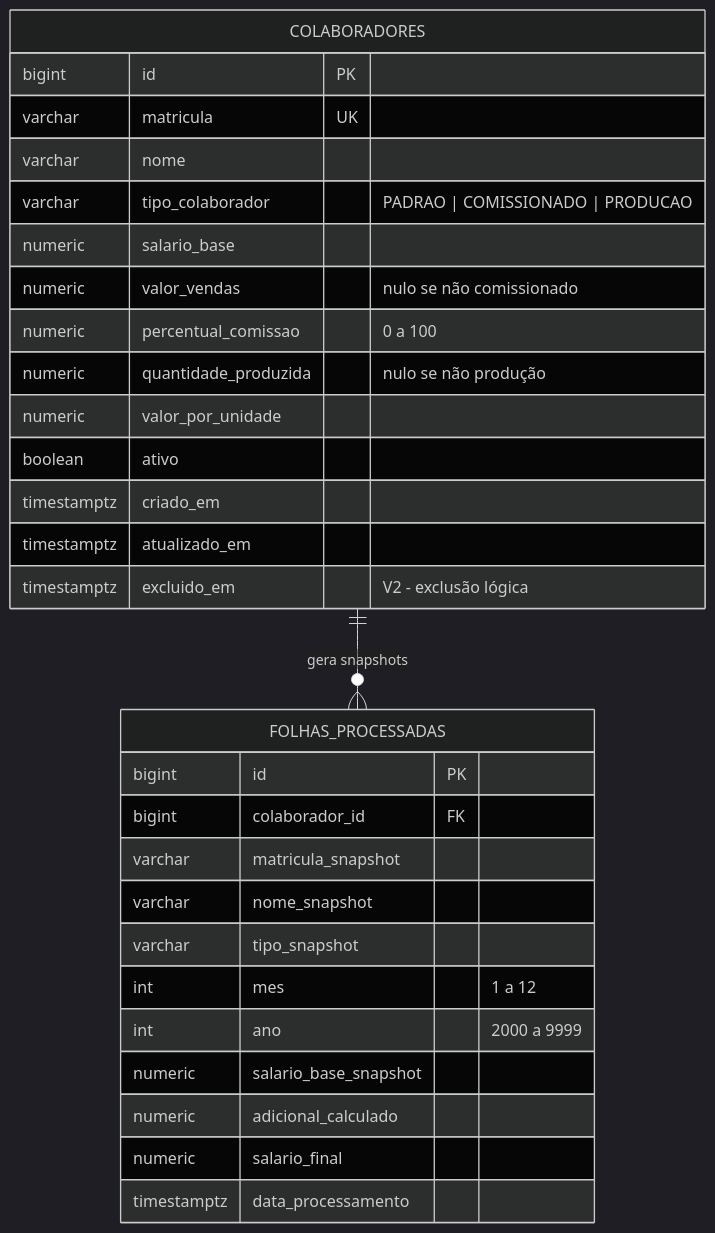
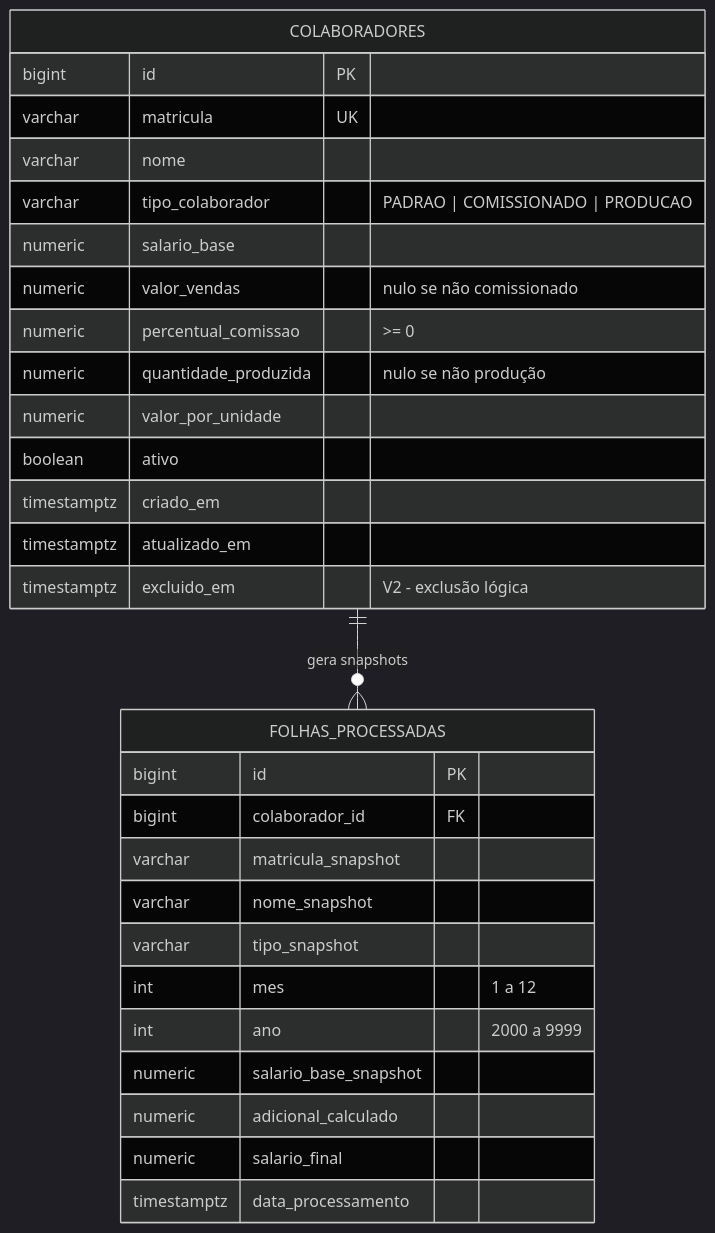
One commit to aruwer/FolhaPagamento changed the seventh of 7 diagrams in 02_Analise/Modelagem_UML.md. Above: the diagram before and after it, drawn with Mermaid (dark theme). The commit also changed 64 other files, not shown here.

````diff
--- a/02_Analise/Modelagem_UML.md
+++ b/02_Analise/Modelagem_UML.md
@@ -351,32 +351,32 @@
 ```mermaid
 erDiagram
     COLABORADORES ||--o{ FOLHAS_PROCESSADAS : "gera snapshots"
     COLABORADORES {
         bigint id PK
         varchar matricula UK
         varchar nome
         varchar tipo_colaborador "PADRAO | COMISSIONADO | PRODUCAO"
         numeric salario_base
         numeric valor_vendas "nulo se não comissionado"
-        numeric percentual_comissao "0 a 100"
+        numeric percentual_comissao ">= 0"
         numeric quantidade_produzida "nulo se não produção"
         numeric valor_por_unidade
         boolean ativo
         timestamptz criado_em
         timestamptz atualizado_em
         timestamptz excluido_em "V2 - exclusão lógica"
     }
     FOLHAS_PROCESSADAS {
         bigint id PK
         bigint colaborador_id FK
         varchar matricula_snapshot
         varchar nome_snapshot
         varchar tipo_snapshot
         int mes "1 a 12"
         int ano "2000 a 9999"
         numeric salario_base_snapshot
         numeric adicional_calculado
         numeric salario_final
         timestamptz data_processamento
     }
 ```
````
